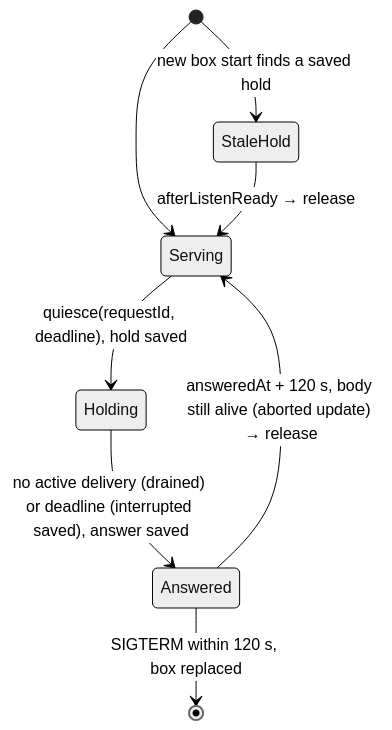
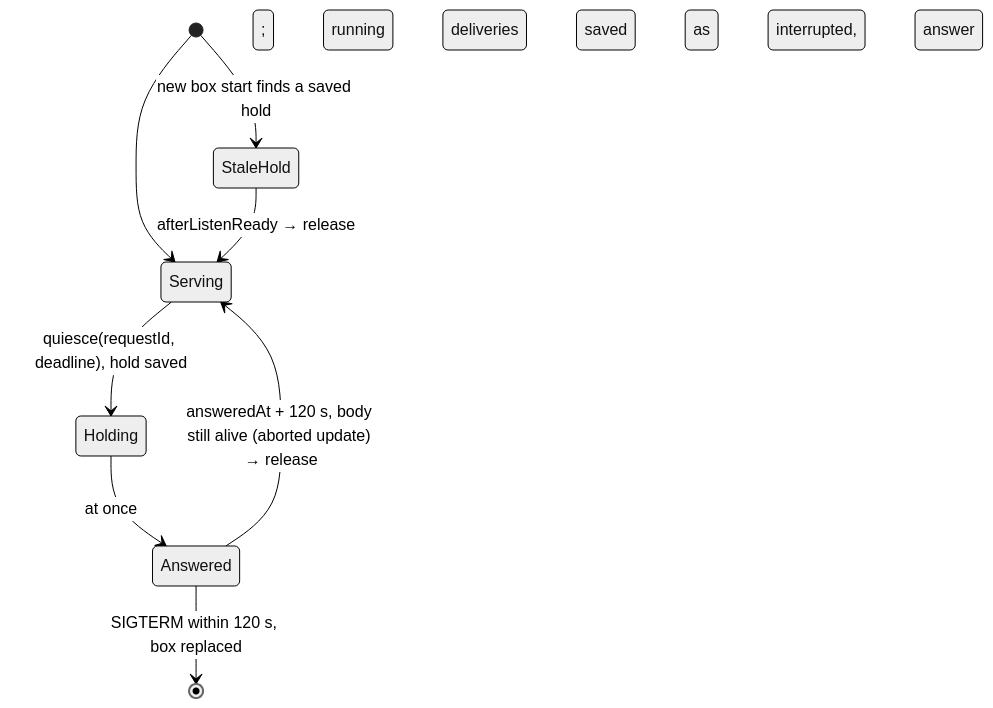
One commit to kitepon/BellTeam changed the diagram in docs/architecture/modules/execution/update-hold.md. Above: the diagram before and after it, drawn with Mermaid (neutral theme). The commit also changed other lines of this file and 6 other files, not shown here.

````diff
--- a/docs/architecture/modules/execution/update-hold.md
+++ b/docs/architecture/modules/execution/update-hold.md
@@ -16,10 +16,10 @@
 ```mermaid
 stateDiagram-v2
   [*] --> Serving
   Serving --> Holding: quiesce(requestId, deadline), hold saved
-  Holding --> Answered: no active delivery (drained) or deadline (interrupted saved), answer saved
+  Holding --> Answered: at once; running deliveries saved as interrupted, answer saved
   Answered --> [*]: SIGTERM within 120 s, box replaced
   Answered --> Serving: answeredAt + 120 s, body still alive (aborted update) → release
   [*] --> StaleHold: new box start finds a saved hold
   StaleHold --> Serving: afterListenReady → release
 ```
````
